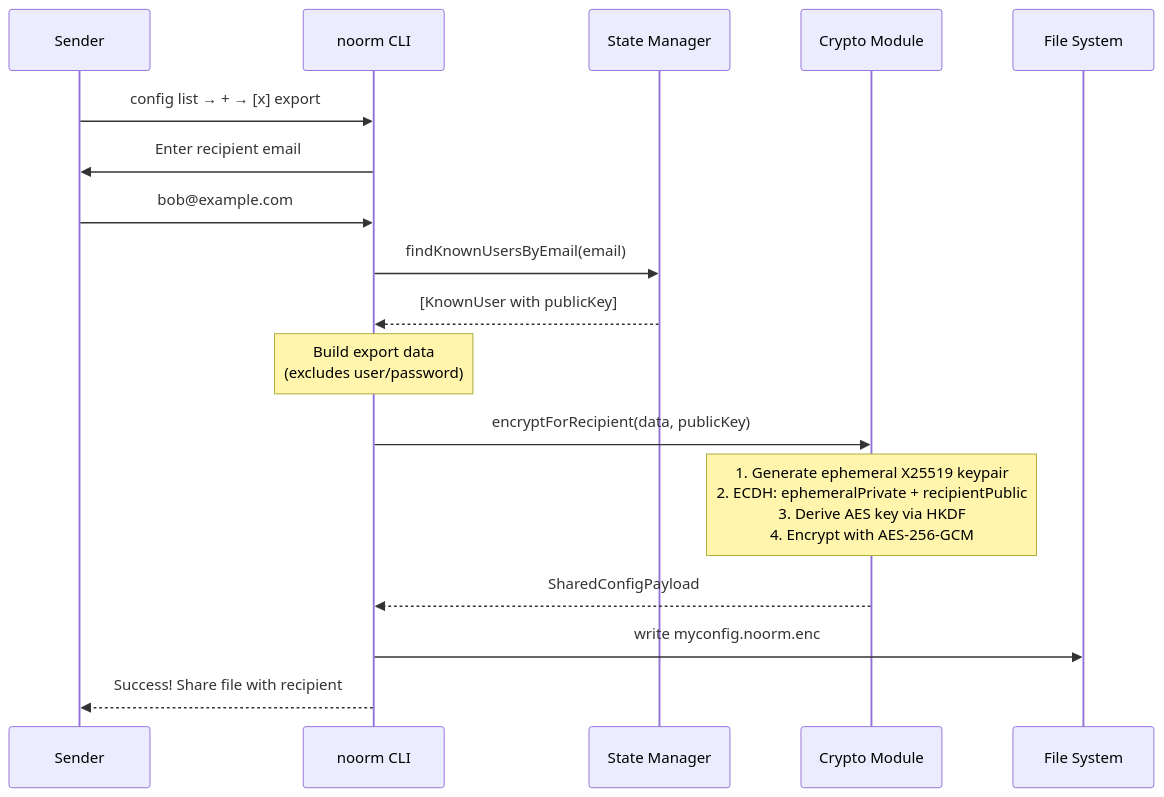
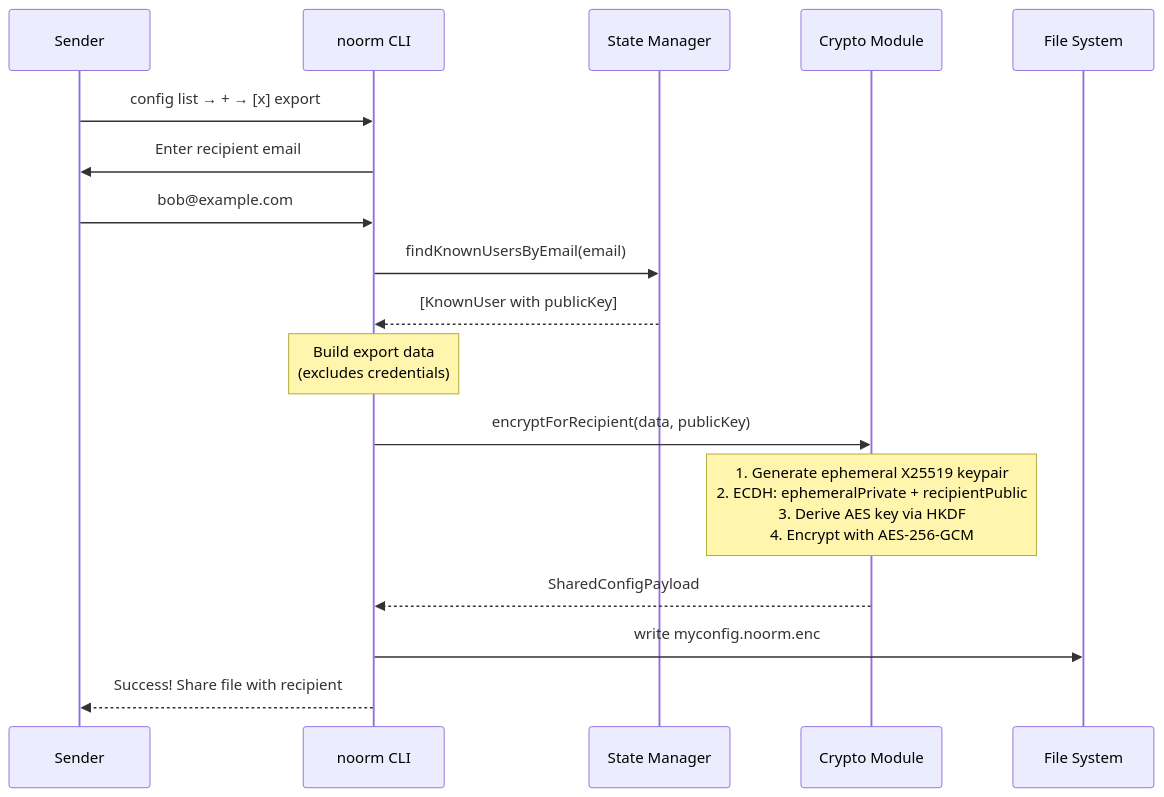
The second of 4 diagrams in docs/dev/config-sharing.md (noormdev/noorm), drawn with Mermaid before and after one commit. The commit also changed other lines of this file and 107 other files, not shown here.

````diff
--- a/docs/dev/config-sharing.md
+++ b/docs/dev/config-sharing.md
@@ -46,24 +46,24 @@
 ```mermaid
 sequenceDiagram
     participant User as Sender
     participant CLI as noorm CLI
     participant State as State Manager
     participant Crypto as Crypto Module
     participant FS as File System
 
     User->>CLI: config list → + → [x] export
     CLI->>User: Enter recipient email
     User->>CLI: bob@example.com
     CLI->>State: findKnownUsersByEmail(email)
     State-->>CLI: [KnownUser with publicKey]
 
-    Note over CLI: Build export data<br/>(excludes user/password)
+    Note over CLI: Build export data<br/>(excludes credentials)
 
     CLI->>Crypto: encryptForRecipient(data, publicKey)
 
     Note over Crypto: 1. Generate ephemeral X25519 keypair<br/>2. ECDH: ephemeralPrivate + recipientPublic<br/>3. Derive AES key via HKDF<br/>4. Encrypt with AES-256-GCM
 
     Crypto-->>CLI: SharedConfigPayload
     CLI->>FS: write myconfig.noorm.enc
     CLI-->>User: Success! Share file with recipient
 ```
````
